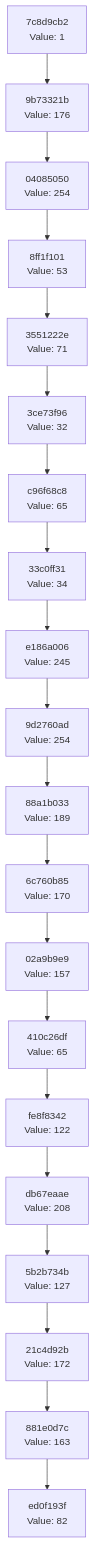
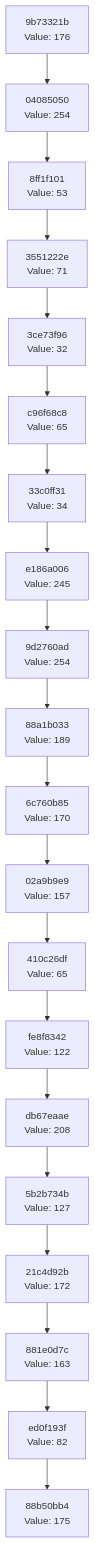
One commit to Abhisheksinha1506/hash-chain-evolver changed the diagram in docs/CHAIN_VISUALIZATION.md. Above: the diagram before and after it, drawn with Mermaid. The commit also changed 3 other files, not shown here.

````diff
--- a/docs/CHAIN_VISUALIZATION.md
+++ b/docs/CHAIN_VISUALIZATION.md
@@ -3,42 +3,42 @@
 ```mermaid
 graph TD
-    C0["ed0f193f<br/>Value: 82"]
-    C1["881e0d7c<br/>Value: 163"]
+    C0["88b50bb4<br/>Value: 175"]
+    C1["ed0f193f<br/>Value: 82"]
     C1 --> C0
-    C2["21c4d92b<br/>Value: 172"]
+    C2["881e0d7c<br/>Value: 163"]
     C2 --> C1
-    C3["5b2b734b<br/>Value: 127"]
+    C3["21c4d92b<br/>Value: 172"]
     C3 --> C2
-    C4["db67eaae<br/>Value: 208"]
+    C4["5b2b734b<br/>Value: 127"]
     C4 --> C3
-    C5["fe8f8342<br/>Value: 122"]
+    C5["db67eaae<br/>Value: 208"]
     C5 --> C4
-    C6["410c26df<br/>Value: 65"]
+    C6["fe8f8342<br/>Value: 122"]
     C6 --> C5
-    C7["02a9b9e9<br/>Value: 157"]
+    C7["410c26df<br/>Value: 65"]
     C7 --> C6
-    C8["6c760b85<br/>Value: 170"]
+    C8["02a9b9e9<br/>Value: 157"]
     C8 --> C7
-    C9["88a1b033<br/>Value: 189"]
+    C9["6c760b85<br/>Value: 170"]
     C9 --> C8
-    C10["9d2760ad<br/>Value: 254"]
+    C10["88a1b033<br/>Value: 189"]
     C10 --> C9
-    C11["e186a006<br/>Value: 245"]
+    C11["9d2760ad<br/>Value: 254"]
     C11 --> C10
-    C12["33c0ff31<br/>Value: 34"]
+    C12["e186a006<br/>Value: 245"]
     C12 --> C11
-    C13["c96f68c8<br/>Value: 65"]
+    C13["33c0ff31<br/>Value: 34"]
     C13 --> C12
-    C14["3ce73f96<br/>Value: 32"]
+    C14["c96f68c8<br/>Value: 65"]
     C14 --> C13
-    C15["3551222e<br/>Value: 71"]
+    C15["3ce73f96<br/>Value: 32"]
     C15 --> C14
-    C16["8ff1f101<br/>Value: 53"]
+    C16["3551222e<br/>Value: 71"]
     C16 --> C15
-    C17["04085050<br/>Value: 254"]
+    C17["8ff1f101<br/>Value: 53"]
     C17 --> C16
-    C18["9b73321b<br/>Value: 176"]
+    C18["04085050<br/>Value: 254"]
     C18 --> C17
-    C19["7c8d9cb2<br/>Value: 1"]
+    C19["9b73321b<br/>Value: 176"]
     C19 --> C18
 ```
````
